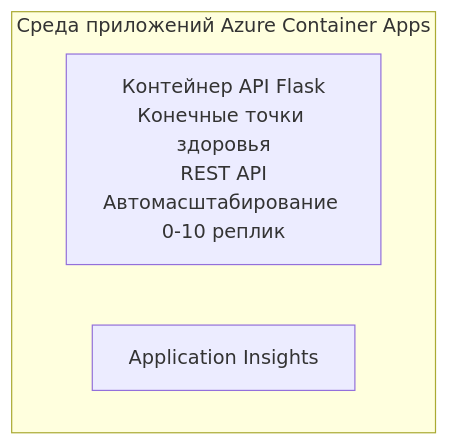
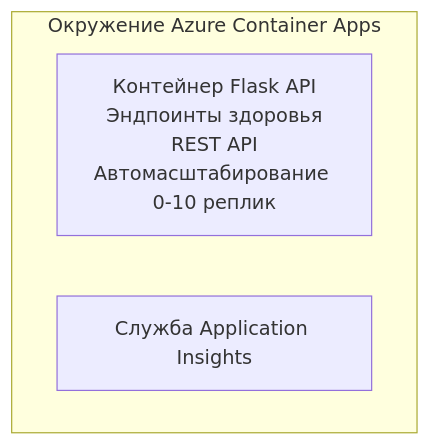
One commit to microsoft/AZD-for-beginners changed the diagram in translations/ru/examples/container-app/simple-flask-api/README.md. Above: the diagram before and after it, drawn with Mermaid. The commit also changed other lines of this file and 104 other files, not shown here.

````diff
--- a/translations/ru/examples/container-app/simple-flask-api/README.md
+++ b/translations/ru/examples/container-app/simple-flask-api/README.md
@@ -26,7 +26,7 @@
 ```mermaid
 graph TD
-    subgraph ACA[Среда приложений Azure Container Apps]
-        Flask[Контейнер API Flask<br/>Конечные точки здоровья<br/>REST API<br/>Автомасштабирование 0-10 реплик]
-        AppInsights[Application Insights]
+    subgraph ACA[Окружение Azure Container Apps]
+        Flask[Контейнер Flask API<br/>Эндпоинты здоровья<br/>REST API<br/>Автомасштабирование 0-10 реплик]
+        AppInsights[Служба Application Insights]
     end
 ```
````
